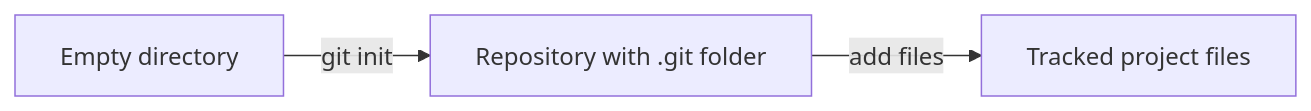
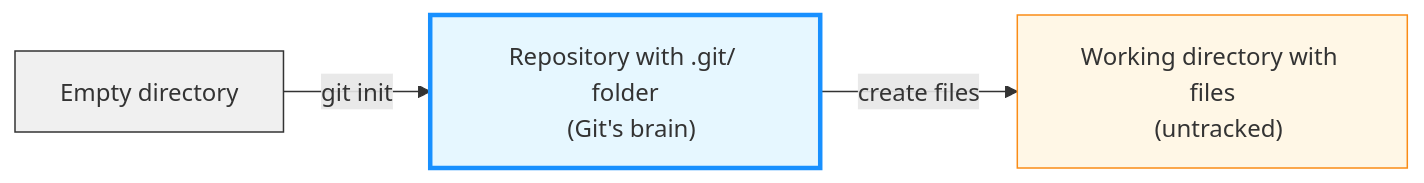
The first of 15 diagrams in docs/4.git_model_commands.md (kir-rescomp/training-intro-to-git-github), drawn with Mermaid before and after one commit. The commit also changed other lines of this file, not shown here.

Commit message:
elaborate .git

````diff
--- a/docs/4.git_model_commands.md
+++ b/docs/4.git_model_commands.md
@@ -45,5 +105,11 @@
 ```mermaid
 flowchart LR
-  A[Empty directory] -->|git init| B[Repository with .git folder]
-  B -->|add files| C[Tracked project files]
+  A[Empty directory] -->|git init| B["Repository with .git/ folder
+  (Git's brain)"]
+  B -->|create files| C["Working directory with files
+  (untracked)"]
+  
+  style A fill:#f0f0f0,stroke:#333
+  style B fill:#e6f7ff,stroke:#1890ff,stroke-width:3px
+  style C fill:#fff7e6,stroke:#fa8c16
 ```
````
